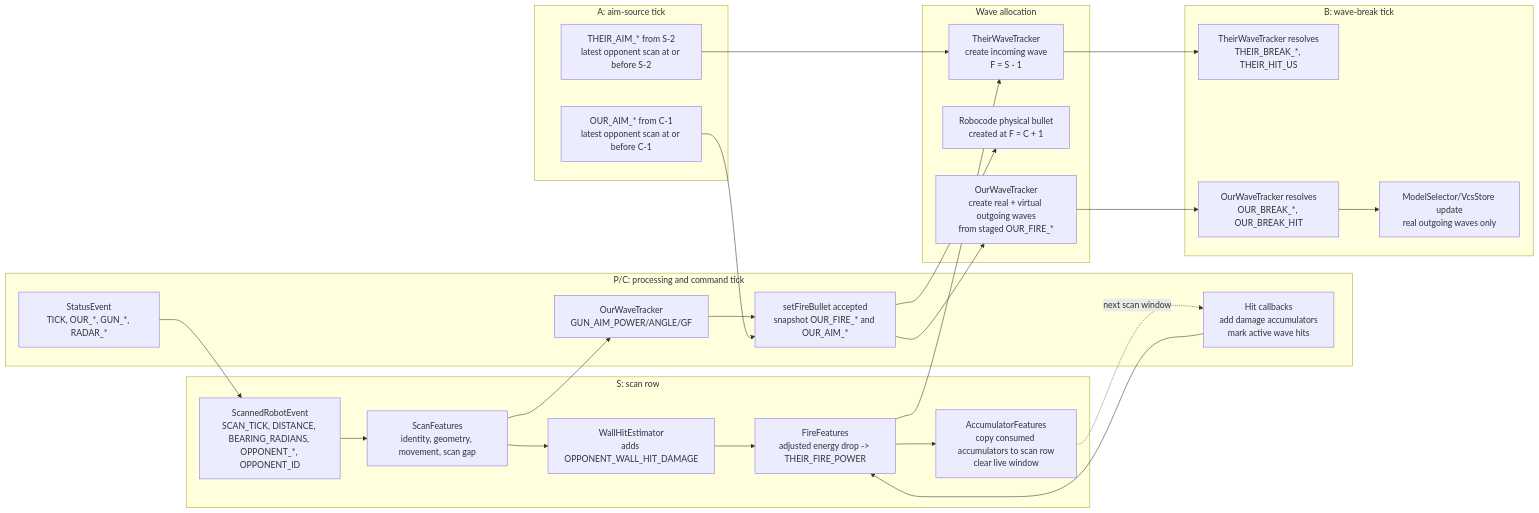
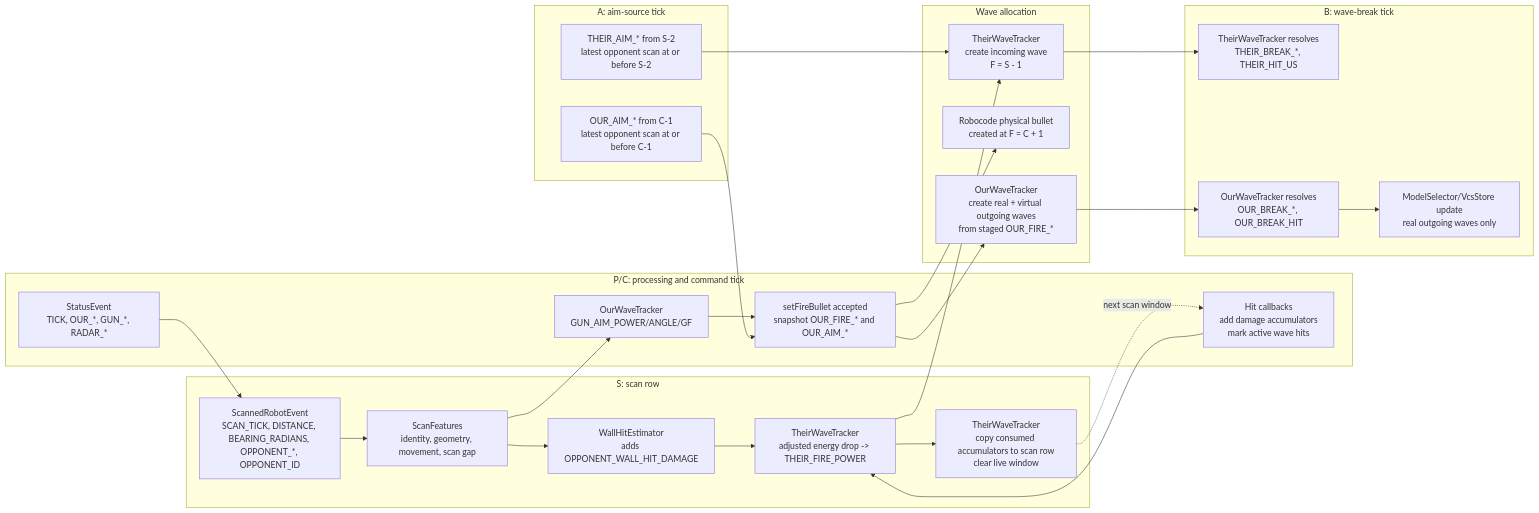
The diagram in wiki/feature-flow.md (pavelsavara/robocode-autopilot), drawn with Mermaid before and after one commit. The commit also changed other lines of this file and 23 other files, not shown here.

````diff
--- a/wiki/feature-flow.md
+++ b/wiki/feature-flow.md
@@ -271,46 +266,46 @@
 ```mermaid
 flowchart LR
     subgraph A["A: aim-source tick"]
         AOur["OUR_AIM_* from C-1\nlatest opponent scan at or before C-1"]
         ATheir["THEIR_AIM_* from S-2\nlatest opponent scan at or before S-2"]
     end
 
     subgraph Scan["S: scan row"]
         RawScan["ScannedRobotEvent\nSCAN_TICK, DISTANCE, BEARING_RADIANS, OPPONENT_*, OPPONENT_ID"]
         ScanDerived["ScanFeatures\nidentity, geometry, movement, scan gap"]
         Wall["WallHitEstimator\nadds OPPONENT_WALL_HIT_DAMAGE"]
-        Fire["FireFeatures\nadjusted energy drop -> THEIR_FIRE_POWER"]
-        AccumCopy["AccumulatorFeatures\ncopy consumed accumulators to scan row\nclear live window"]
+        Fire["TheirWaveTracker\nadjusted energy drop -> THEIR_FIRE_POWER"]
+        AccumCopy["TheirWaveTracker\ncopy consumed accumulators to scan row\nclear live window"]
     end
 
     subgraph P["P/C: processing and command tick"]
         Status["StatusEvent\nTICK, OUR_*, GUN_*, RADAR_*"]
         HitEvents["Hit callbacks\nadd damage accumulators\nmark active wave hits"]
         Aim["OurWaveTracker\nGUN_AIM_POWER/ANGLE/GF"]
         Command["setFireBullet accepted\nsnapshot OUR_FIRE_* and OUR_AIM_*"]
     end
 
     subgraph Waves["Wave allocation"]
         TheirWave["TheirWaveTracker\ncreate incoming wave\nF = S - 1"]
         OurPhysical["Robocode physical bullet\ncreated at F = C + 1"]
         OurWave["OurWaveTracker\ncreate real + virtual outgoing waves\nfrom staged OUR_FIRE_*"]
     end
 
     subgraph B["B: wave-break tick"]
         TheirBreak["TheirWaveTracker resolves\nTHEIR_BREAK_*, THEIR_HIT_US"]
         OurBreak["OurWaveTracker resolves\nOUR_BREAK_*, OUR_BREAK_HIT"]
         Models["ModelSelector/VcsStore update\nreal outgoing waves only"]
     end
 
     Status --> RawScan --> ScanDerived --> Wall --> Fire --> AccumCopy
     HitEvents --> Fire
     AccumCopy -. "next scan window" .-> HitEvents
     ScanDerived --> Aim --> Command
     AOur --> Command
     Fire --> TheirWave
     ATheir --> TheirWave
     Command --> OurPhysical
     Command --> OurWave
     OurWave --> OurBreak --> Models
     TheirWave --> TheirBreak
 ```
````
